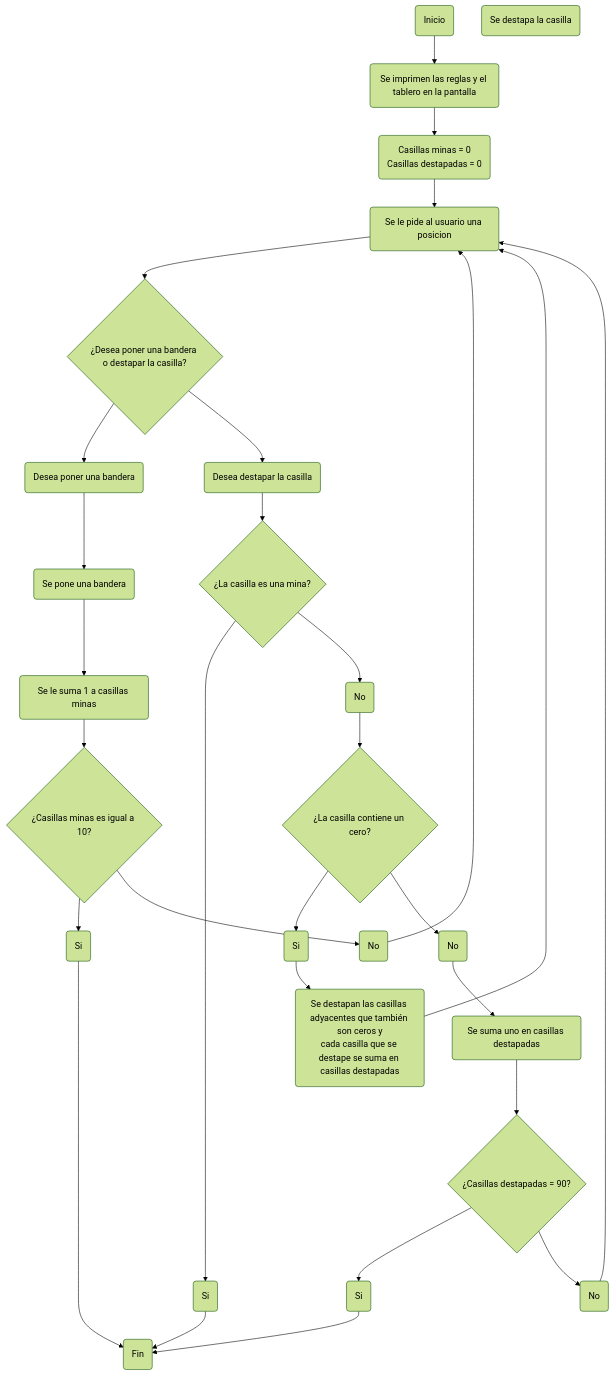
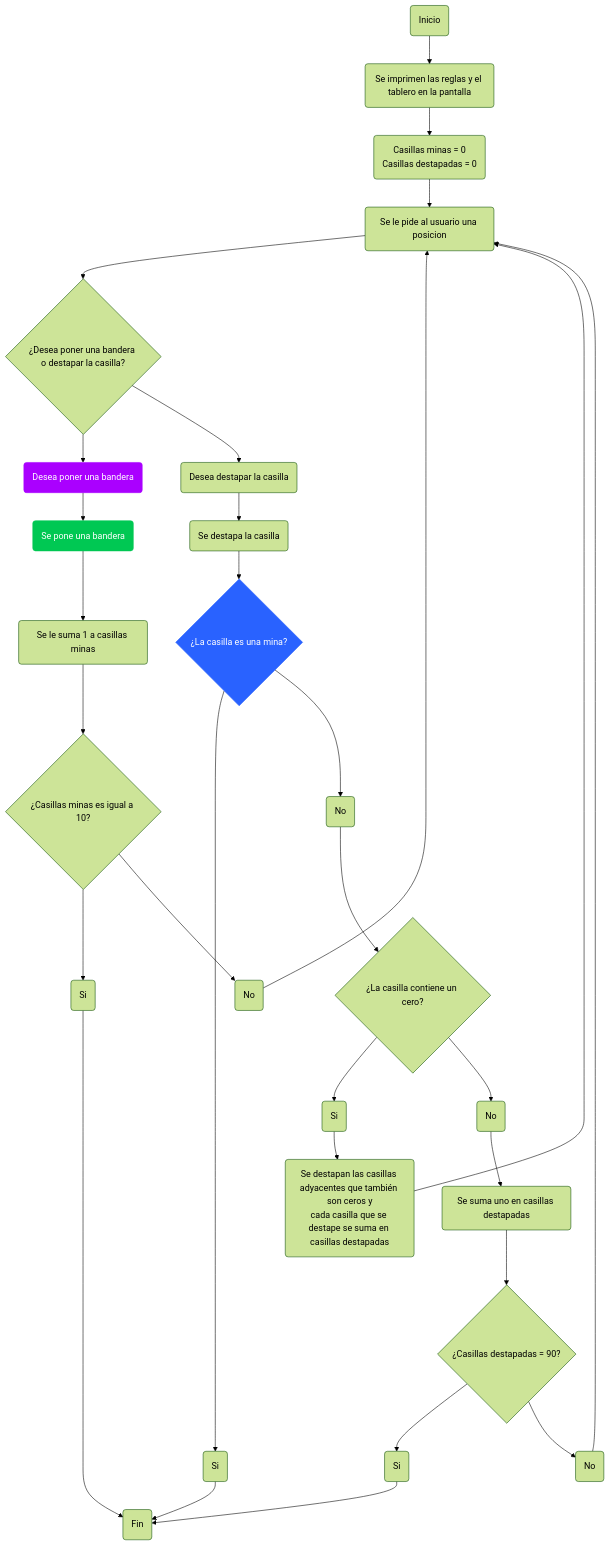
The diagram in README.md (coD3-Programacion/Avance-Proyecto), drawn with Mermaid (forest theme) before and after one commit.

````diff
--- a/README.md
+++ b/README.md
@@ -31,42 +31,49 @@
 ```mermaid
 flowchart TD
 %% Nodos
     A("Inicio")
     B("Se imprimen las reglas y el tablero en la pantalla")
     C("Se le pide al usuario una posicion")
     D{¿Desea poner una bandera o destapar la casilla?}
     E(Desea poner una bandera)
     F(Desea destapar la casilla)
     G(Se pone una bandera)
     H(Se destapa la casilla)
     I{¿La casilla es una mina?}
     J(Fin)
     K(Si)
     L(No)
     M{¿La casilla contiene un cero?}
     N(Si)
     O(No)
     P(Se destapan las casillas adyacentes que también son ceros y
 cada casilla que se destape se suma en casillas destapadas
 )
     Q(Se suma uno en casillas destapadas)
     R{¿Casillas destapadas = 90?}
     S(Si)
     T(No)
     U(Se le suma 1 a casillas minas)
     V{¿Casillas minas es igual a 10?}
     W(Si)
     Y(No)
 
 %% Conexiones entre los nodos
     A-->B-->Z-->C-->D-->E-->G-->U-->V-->W-->J
-    D-->F-->I-->K-->J
+    D-->F-->H-->I-->K-->J
     I-->L-->M-->N-->P
     M-->O-->Q
     P-->C
     Q-->R-->S-->J
     R-->T-->C
     V-->Y-->C
     Z(Casillas minas = 0
     Casillas destapadas = 0)
+
+%% Individual node styling. Try the visual editor toolbar for easier styling!
+    style E color:#FFFFFF, fill:#AA00FF, stroke:#AA00FF
+    style G color:#FFFFFF, stroke:#00C853, fill:#00C853
+    style I color:#FFFFFF, stroke:#2962FF, fill:#2962FF
+
+%% You can add notes with two "%" signs in a row!
 ```
````
